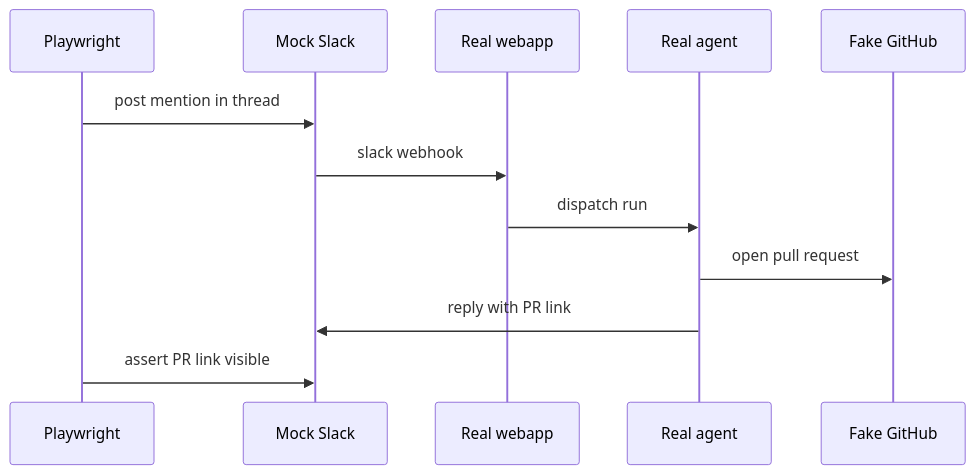
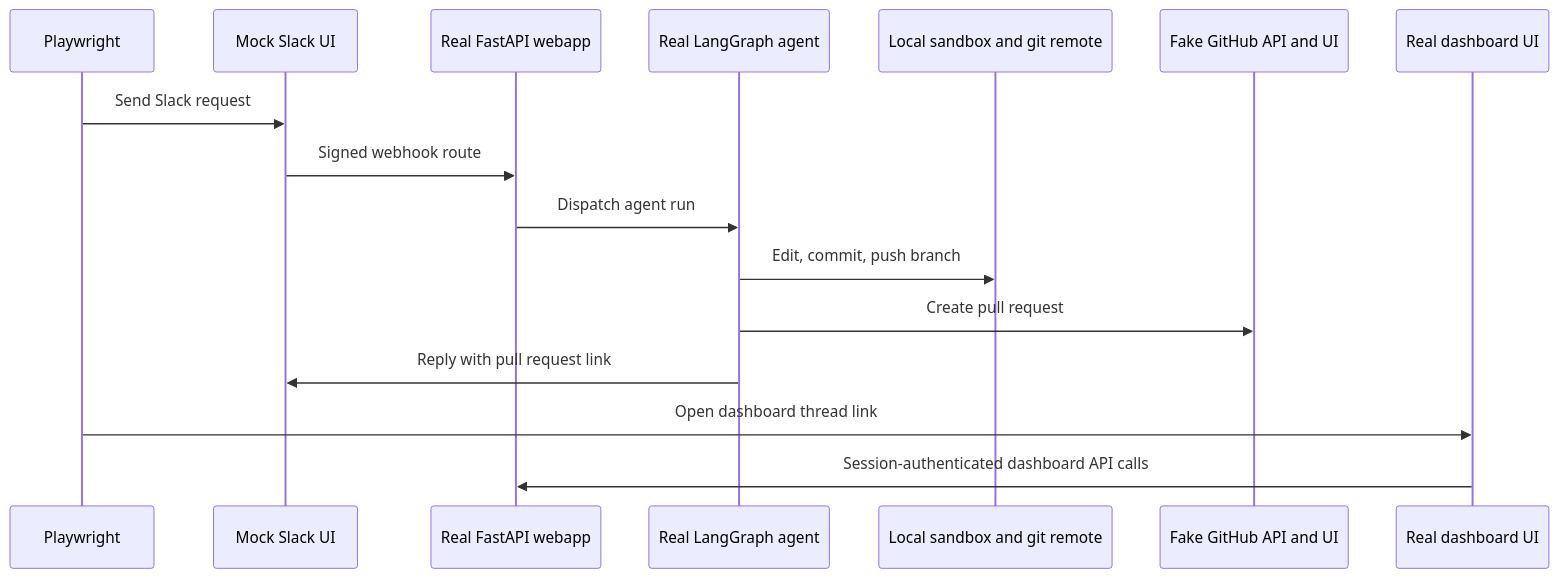
The second of 2 diagrams in openwiki/testing/overview.md (langchain-ai/open-swe), drawn with Mermaid before and after one commit. The commit also changed other lines of this file and 14 other files, not shown here.

````diff
--- a/openwiki/testing/overview.md
+++ b/openwiki/testing/overview.md
@@ -176,14 +180,18 @@
 ```mermaid
 sequenceDiagram
     participant PW as Playwright
-    participant Slack as Mock Slack
-    participant App as Real webapp
-    participant Agent as Real agent
-    participant GH as Fake GitHub
-    PW->>Slack: post mention in thread
-    Slack->>App: slack webhook
-    App->>Agent: dispatch run
-    Agent->>GH: open pull request
-    Agent->>Slack: reply with PR link
-    PW->>Slack: assert PR link visible
+    participant MockSlack as Mock Slack UI
+    participant Webapp as Real FastAPI webapp
+    participant Graph as Real LangGraph agent
+    participant Sandbox as Local sandbox and git remote
+    participant MockGitHub as Fake GitHub API and UI
+    participant Dashboard as Real dashboard UI
+    PW->>MockSlack: Send Slack request
+    MockSlack->>Webapp: Signed webhook route
+    Webapp->>Graph: Dispatch agent run
+    Graph->>Sandbox: Edit, commit, push branch
+    Graph->>MockGitHub: Create pull request
+    Graph->>MockSlack: Reply with pull request link
+    PW->>Dashboard: Open dashboard thread link
+    Dashboard->>Webapp: Session-authenticated dashboard API calls
 ```
````
